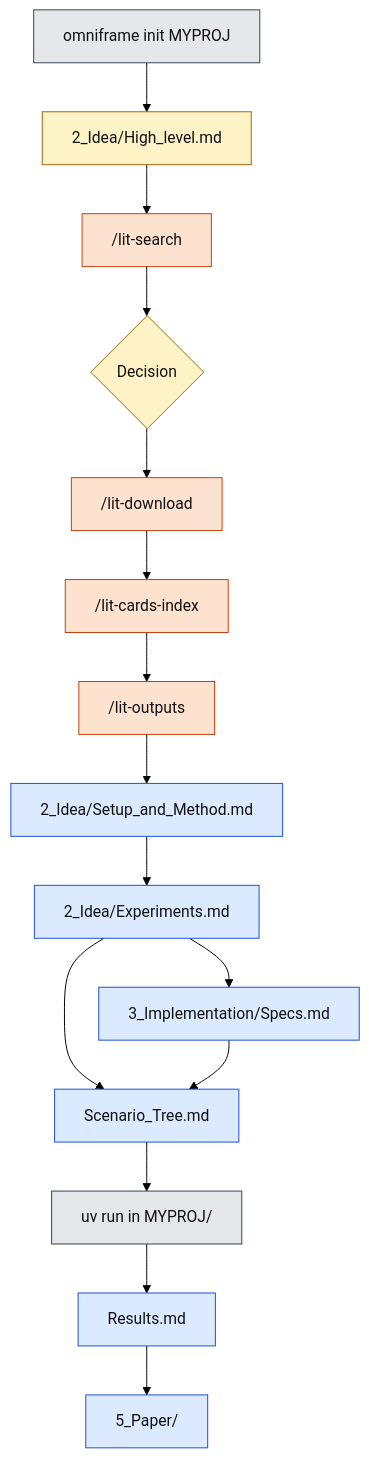
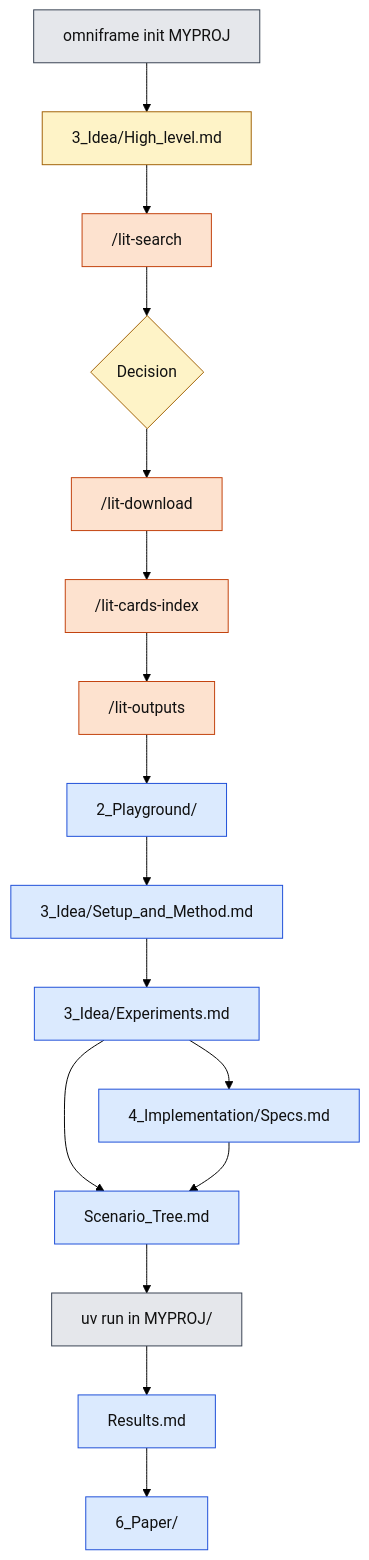
One commit to LeonardoSani/OmniFrame changed the first of 3 diagrams in GUIDE.md. Above: the diagram before and after it, drawn with Mermaid (forest theme). The commit also changed other lines of this file and 48 other files, not shown here.

Commit message:
Playground: 2_Playground/ and MYPROJ_Playground/ (own uv project) between Literature and Idea; later areas renumbered

````diff
--- a/GUIDE.md
+++ b/GUIDE.md
@@ -24,28 +25,29 @@
 ```mermaid
 flowchart TD
   classDef shell fill:#e5e7eb,stroke:#374151,color:#111
   classDef claude fill:#fde2cf,stroke:#c2410c,color:#111
   classDef chat fill:#dbeafe,stroke:#1d4ed8,color:#111
   classDef you fill:#fef3c7,stroke:#a16207,color:#111
 
   init["omniframe init MYPROJ"]:::shell
-  hl["2_Idea/High_level.md"]:::you
+  hl["3_Idea/High_level.md"]:::you
   se["/lit-search"]:::claude
   dec{"Decision"}:::you
   dl["/lit-download"]:::claude
   ca["/lit-cards-index"]:::claude
   ou["/lit-outputs"]:::claude
-  me["2_Idea/Setup_and_Method.md"]:::chat
-  ex["2_Idea/Experiments.md"]:::chat
-  spec["3_Implementation/Specs.md"]:::chat
+  pg["2_Playground/"]:::chat
+  me["3_Idea/Setup_and_Method.md"]:::chat
+  ex["3_Idea/Experiments.md"]:::chat
+  spec["4_Implementation/Specs.md"]:::chat
   tree["Scenario_Tree.md"]:::chat
   run["uv run in MYPROJ/"]:::shell
   res["Results.md"]:::chat
-  paper["5_Paper/"]:::chat
+  paper["6_Paper/"]:::chat
 
-  init --> hl --> se --> dec --> dl --> ca --> ou --> me --> ex
+  init --> hl --> se --> dec --> dl --> ca --> ou --> pg --> me --> ex
   ex --> spec
   ex --> tree
   spec --> tree
   tree --> run --> res --> paper
 ```
````
